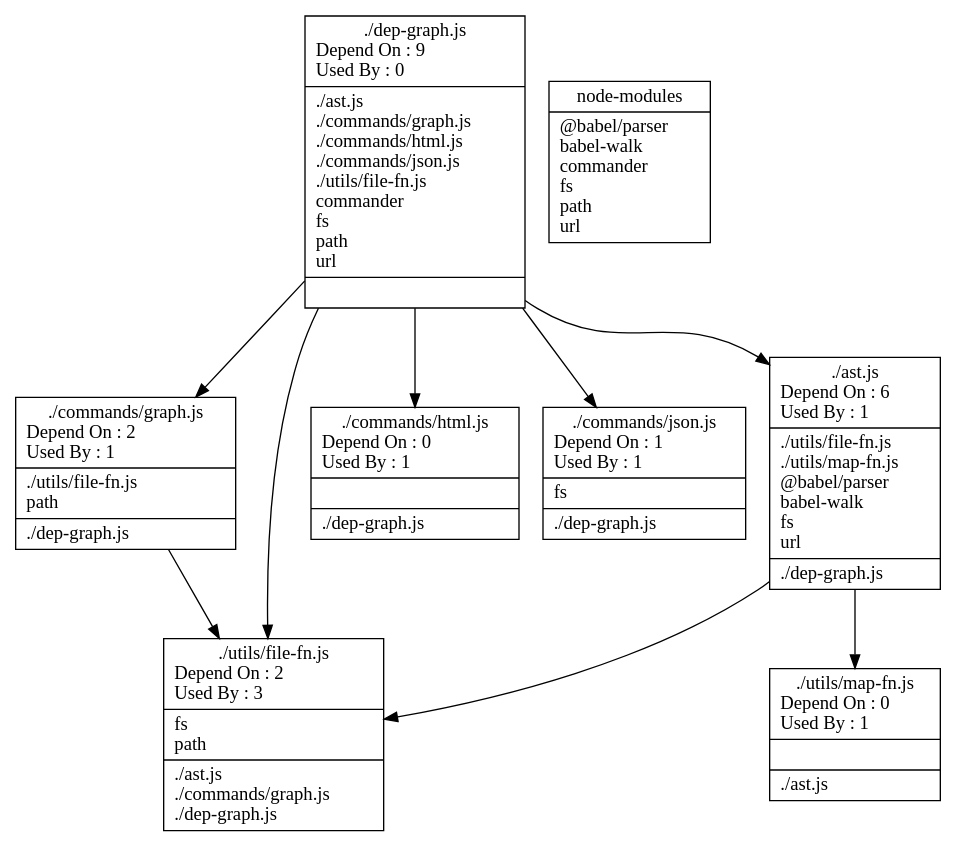
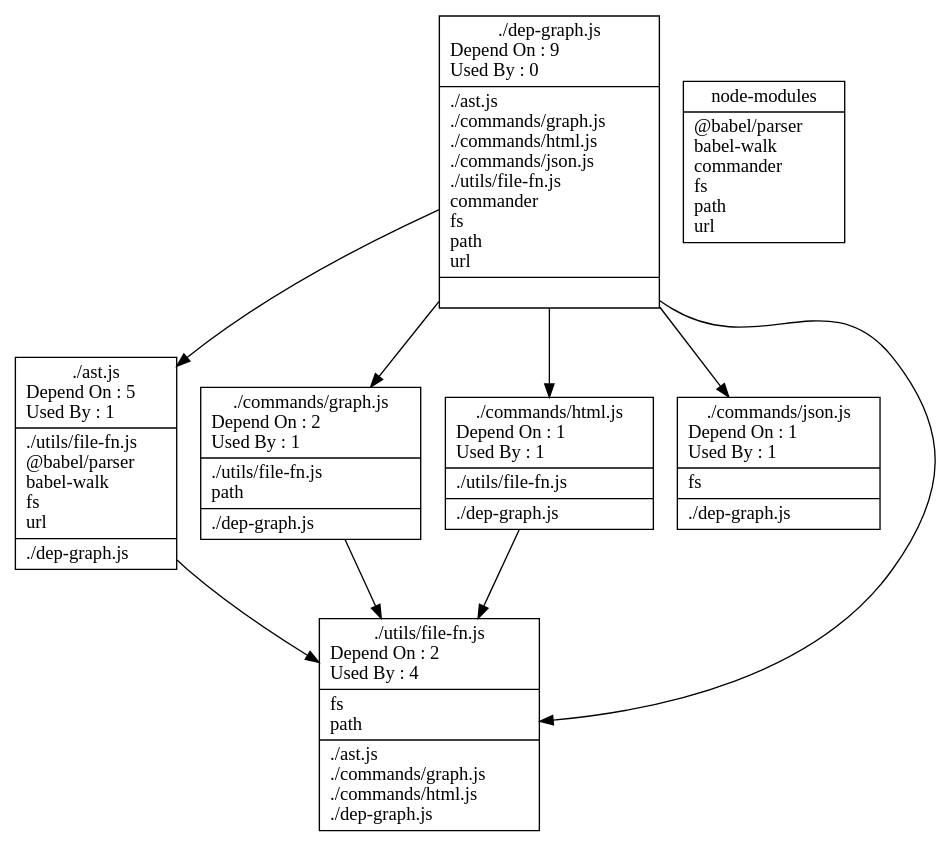
Before and after one commit to fleebe/dep-graph: the diagram in __tests__/out-eg/srcRelations.dot, drawn with Graphviz. The commit also changed 16 other files, not shown here.

Commit message:
UsedBy linking and html

```diff
--- a/__tests__/out-eg/srcRelations.dot
+++ b/__tests__/out-eg/srcRelations.dot
@@ -1,96 +1,89 @@
 digraph {
 node [shape=record];
 "./ast.js" [label="{ ./ast.js\n
-Depend On : 6\l
+Depend On : 5\l
 Used By : 1\l
 |
 		./utils/file-fn.js\l
-		./utils/map-fn.js\l
 		@babel/parser\l
 		babel-walk\l
 		fs\l
 		url\l
 |
 		./dep-graph.js\l
 }"];
 
 "./dep-graph.js" [label="{ ./dep-graph.js\n
 Depend On : 9\l
 Used By : 0\l
 |
 		./ast.js\l
 		./commands/graph.js\l
 		./commands/html.js\l
 		./commands/json.js\l
 		./utils/file-fn.js\l
 		commander\l
 		fs\l
 		path\l
 		url\l
 |
 }"];
 
 "./commands/graph.js" [label="{ ./commands/graph.js\n
 Depend On : 2\l
 Used By : 1\l
 |
 		./utils/file-fn.js\l
 		path\l
 |
 		./dep-graph.js\l
 }"];
 
 "./commands/html.js" [label="{ ./commands/html.js\n
-Depend On : 0\l
+Depend On : 1\l
 Used By : 1\l
 |
+		./utils/file-fn.js\l
 |
 		./dep-graph.js\l
 }"];
 
 "./commands/json.js" [label="{ ./commands/json.js\n
 Depend On : 1\l
 Used By : 1\l
 |
 		fs\l
 |
 		./dep-graph.js\l
 }"];
 
 "./utils/file-fn.js" [label="{ ./utils/file-fn.js\n
 Depend On : 2\l
-Used By : 3\l
+Used By : 4\l
 |
 		fs\l
 		path\l
 |
 		./ast.js\l
 		./commands/graph.js\l
+		./commands/html.js\l
 		./dep-graph.js\l
-}"];
-
-"./utils/map-fn.js" [label="{ ./utils/map-fn.js\n
-Depend On : 0\l
-Used By : 1\l
-|
-|
-		./ast.js\l
 }"];
 
 "node-modules" [label="{node-modules\n | 
  		@babel/parser\l
 		babel-walk\l
 		commander\l
 		fs\l
 		path\l
 		url\l
 }"];
 "./ast.js"->"./utils/file-fn.js"
-"./ast.js"->"./utils/map-fn.js"
 "./dep-graph.js"->"./ast.js"
 "./dep-graph.js"->"./commands/graph.js"
 "./dep-graph.js"->"./commands/html.js"
 "./dep-graph.js"->"./commands/json.js"
 "./dep-graph.js"->"./utils/file-fn.js"
 "./commands/graph.js"->"./utils/file-fn.js"
+"./commands/html.js"->"./utils/file-fn.js"
 }
```
